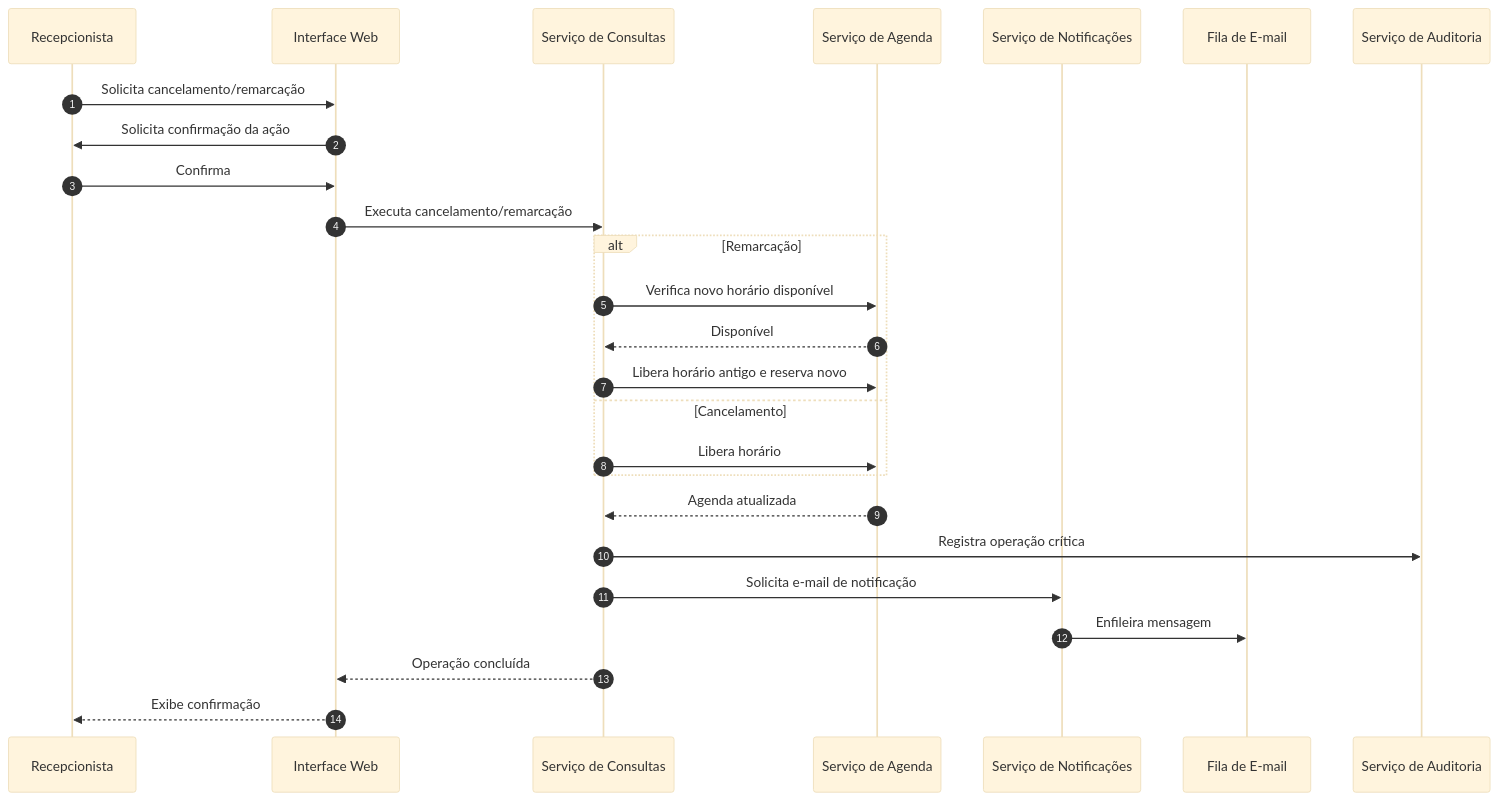
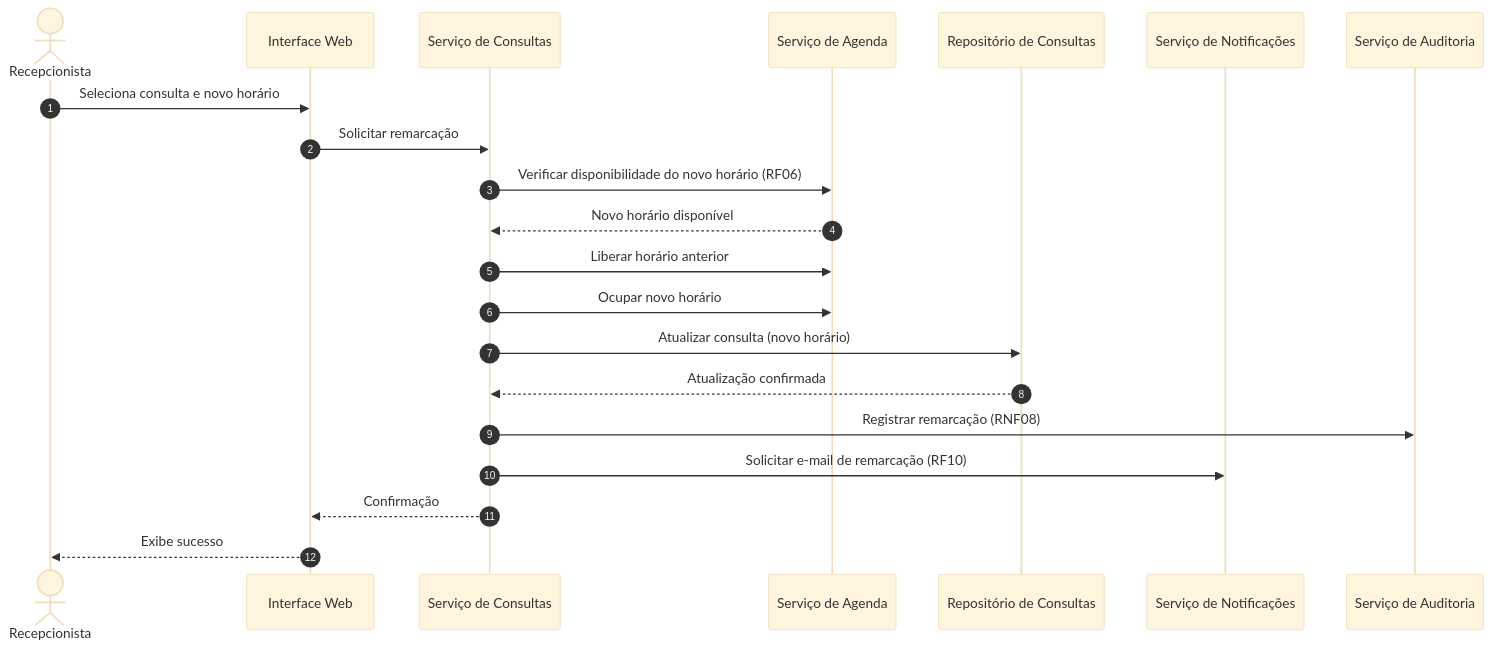
Before and after one commit to PDC-ESIA/AI4ES: the third of 4 diagrams in docs/Time_2_Design/analise-qualitativa/outputs/relatorio_claude_opus_4_8_P02.md, drawn with Mermaid (base theme). The commit also changed other lines of this file and 107 other files, not shown here.

````diff
--- a/docs/Time_2_Design/analise-qualitativa/outputs/relatorio_claude_opus_4_8_P02.md
+++ b/docs/Time_2_Design/analise-qualitativa/outputs/relatorio_claude_opus_4_8_P02.md
@@ -116,29 +111,24 @@
 ```mermaid
 sequenceDiagram
     autonumber
-    participant R as Recepcionista
+    actor R as Recepcionista
     participant UI as Interface Web
-    participant CONS as Serviço de Consultas
+    participant CON as Serviço de Consultas
     participant AGE as Serviço de Agenda
-    participant NOTIF as Serviço de Notificações
-    participant FILA as Fila de E-mail
+    participant RC as Repositório de Consultas
+    participant NOT as Serviço de Notificações
     participant LOG as Serviço de Auditoria
 
-    R->>UI: Solicita cancelamento/remarcação
-    UI->>R: Solicita confirmação da ação
-    R->>UI: Confirma
-    UI->>CONS: Executa cancelamento/remarcação
-    alt Remarcação
-        CONS->>AGE: Verifica novo horário disponível
-        AGE-->>CONS: Disponível
-        CONS->>AGE: Libera horário antigo e reserva novo
-    else Cancelamento
-        CONS->>AGE: Libera horário
-    end
-    AGE-->>CONS: Agenda atualizada
-    CONS->>LOG: Registra operação crítica
-    CONS->>NOTIF: Solicita e-mail de notificação
-    NOTIF->>FILA: Enfileira mensagem
-    CONS-->>UI: Operação concluída
-    UI-->>R: Exibe confirmação
+    R->>UI: Seleciona consulta e novo horário
+    UI->>CON: Solicitar remarcação
+    CON->>AGE: Verificar disponibilidade do novo horário (RF06)
+    AGE-->>CON: Novo horário disponível
+    CON->>AGE: Liberar horário anterior
+    CON->>AGE: Ocupar novo horário
+    CON->>RC: Atualizar consulta (novo horário)
+    RC-->>CON: Atualização confirmada
+    CON->>LOG: Registrar remarcação (RNF08)
+    CON->>NOT: Solicitar e-mail de remarcação (RF10)
+    CON-->>UI: Confirmação
+    UI-->>R: Exibe sucesso
 ```
````
